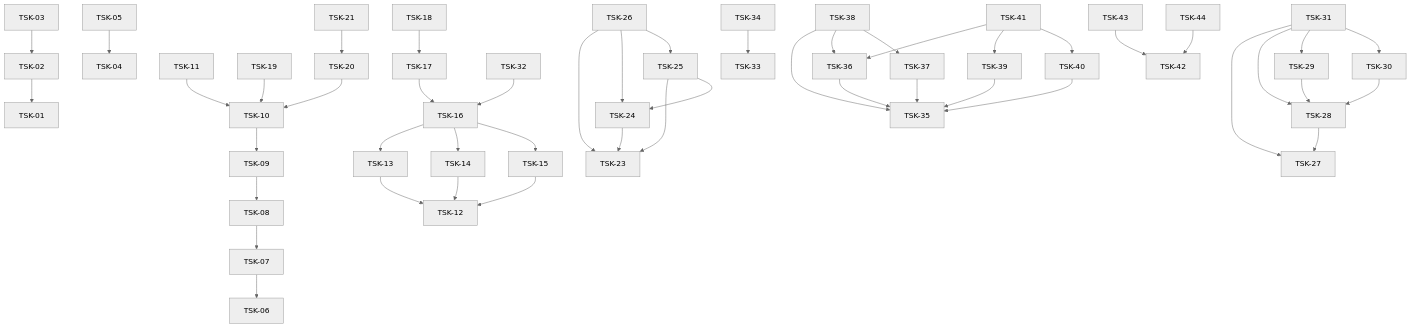
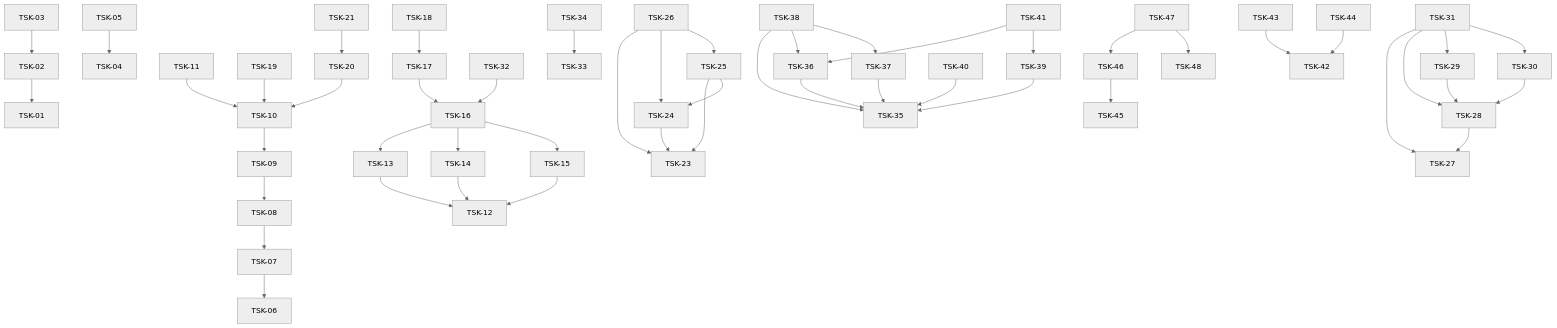
Before and after one commit to RubaXa/gennady: the diagram in tasks/README.md, drawn with Mermaid (neutral theme). The commit also changed other lines of this file and 10 other files, not shown here.

````diff
--- a/tasks/README.md
+++ b/tasks/README.md
@@ -60,49 +60,51 @@
 ```mermaid
 graph TD
     TSK-02 --> TSK-01
     TSK-03 --> TSK-02
     TSK-05 --> TSK-04
     TSK-07 --> TSK-06
     TSK-08 --> TSK-07
     TSK-09 --> TSK-08
     TSK-10 --> TSK-09
     TSK-11 --> TSK-10
     TSK-19 --> TSK-10
     TSK-20 --> TSK-10
     TSK-21 --> TSK-20
     TSK-13 --> TSK-12
     TSK-14 --> TSK-12
     TSK-15 --> TSK-12
     TSK-16 --> TSK-13
     TSK-16 --> TSK-14
     TSK-16 --> TSK-15
     TSK-17 --> TSK-16
     TSK-18 --> TSK-17
     TSK-32 --> TSK-16
     TSK-24 --> TSK-23
     TSK-25 --> TSK-23
     TSK-25 --> TSK-24
     TSK-26 --> TSK-23
     TSK-26 --> TSK-24
     TSK-26 --> TSK-25
     TSK-28 --> TSK-27
     TSK-29 --> TSK-28
     TSK-30 --> TSK-28
     TSK-31 --> TSK-27
     TSK-31 --> TSK-28
     TSK-31 --> TSK-29
     TSK-31 --> TSK-30
     TSK-34 --> TSK-33
     TSK-36 --> TSK-35
     TSK-37 --> TSK-35
     TSK-38 --> TSK-35
     TSK-38 --> TSK-36
     TSK-38 --> TSK-37
     TSK-39 --> TSK-35
     TSK-40 --> TSK-35
     TSK-41 --> TSK-36
     TSK-41 --> TSK-39
-    TSK-41 --> TSK-40
+    TSK-46 --> TSK-45
+    TSK-47 --> TSK-46
+    TSK-47 --> TSK-48
     TSK-43 --> TSK-42
     TSK-44 --> TSK-42
 ```
````
